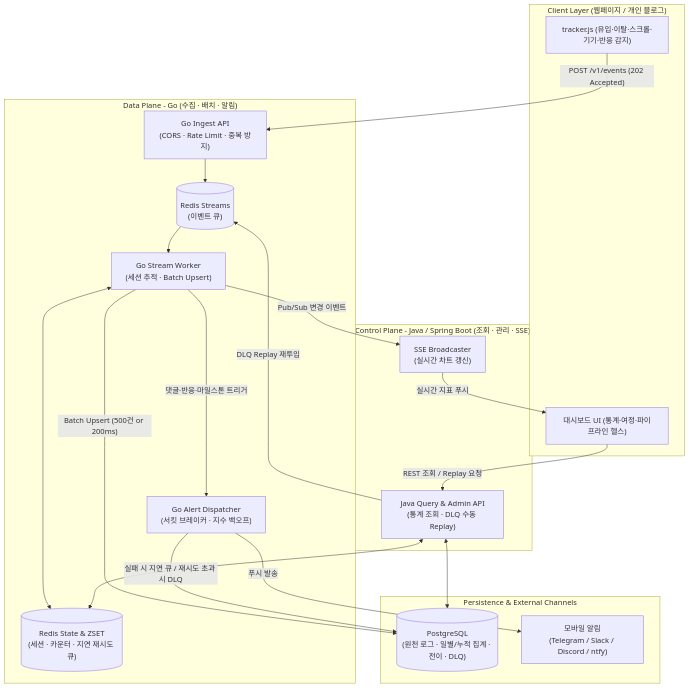
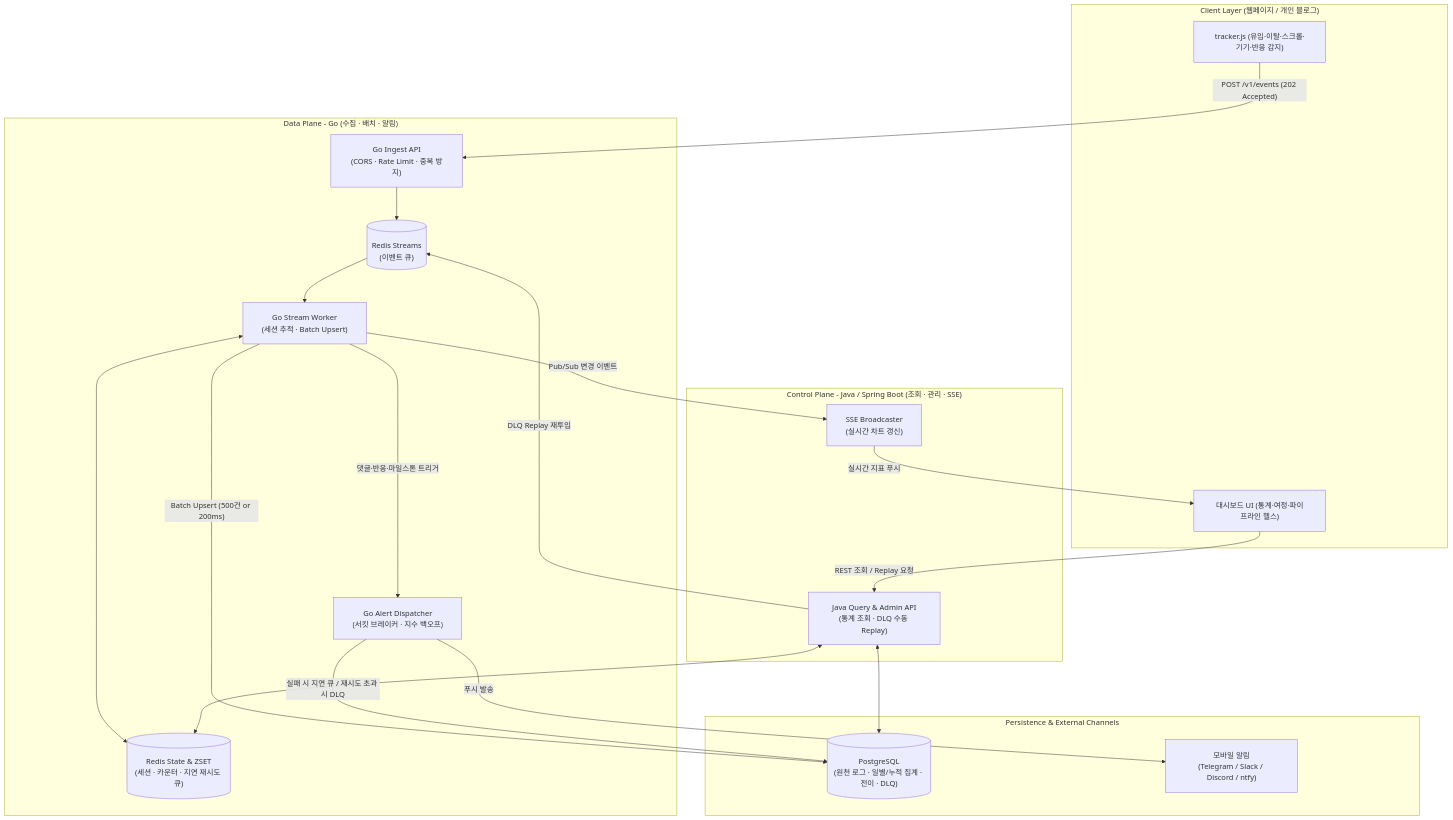
One commit to shalwxy/shalwxy.github.io changed the first of 3 diagrams in _backstage/project/blogpulse/4120002.md. Above: the diagram before and after it, drawn with Mermaid.

Commit message:
chore: mermaid 도식 내 스타일 변경

````diff
--- a/_backstage/project/blogpulse/4120002.md
+++ b/_backstage/project/blogpulse/4120002.md
@@ -31,40 +31,41 @@
 ```mermaid
+%%{init: {"flowchart": {"nodeSpacing": 500, "rankSpacing": 70, "padding": 20}, "themeCSS": ".cluster-label .nodeLabel, .cluster-label .nodeLabel p { font-weight: 700; font-size: 20px; }"}}%%
 flowchart TB
     subgraph Client ["Client Layer (웹페이지 / 개인 블로그)"]
         JS["tracker.js (유입·이탈·스크롤·기기·반응 감지)"]
         DASH["대시보드 UI (통계·여정·파이프라인 헬스)"]
     end
 
     subgraph DataPlane ["Data Plane - Go (수집 · 배치 · 알림)"]
         INGEST["Go Ingest API<br/>(CORS · Rate Limit · 중복 방지)"]
         STREAM[("Redis Streams<br/>(이벤트 큐)")]
         REDIS_STATE[("Redis State & ZSET<br/>(세션 · 카운터 · 지연 재시도 큐)")]
         WORKER["Go Stream Worker<br/>(세션 추적 · Batch Upsert)"]
         NOTIFIER["Go Alert Dispatcher<br/>(서킷 브레이커 · 지수 백오프)"]
     end
 
     subgraph ControlPlane ["Control Plane - Java / Spring Boot (조회 · 관리 · SSE)"]
         QUERY["Java Query & Admin API<br/>(통계 조회 · DLQ 수동 Replay)"]
         SSE["SSE Broadcaster<br/>(실시간 차트 갱신)"]
     end
 
     subgraph Storage ["Persistence & External Channels"]
         PG[("PostgreSQL<br/>(원천 로그 · 일별/누적 집계 · 전이 · DLQ)")]
         MOBILE["모바일 알림<br/>(Telegram / Slack / Discord / ntfy)"]
     end
 
     JS -- "POST /v1/events (202 Accepted)" --> INGEST
     INGEST --> STREAM
     STREAM --> WORKER
     WORKER <--> REDIS_STATE
     WORKER -- "Batch Upsert (500건 or 200ms)" --> PG
     WORKER -- "댓글·반응·마일스톤 트리거" --> NOTIFIER
     NOTIFIER -- "푸시 발송" --> MOBILE
     NOTIFIER -- "실패 시 지연 큐 / 재시도 초과 시 DLQ" --> PG
     WORKER -- "Pub/Sub 변경 이벤트" --> SSE
     QUERY <--> PG
     QUERY <--> REDIS_STATE
     QUERY -- "DLQ Replay 재투입" --> STREAM
     SSE -- "실시간 지표 푸시" --> DASH
     DASH -- "REST 조회 / Replay 요청" --> QUERY
 ```
````
